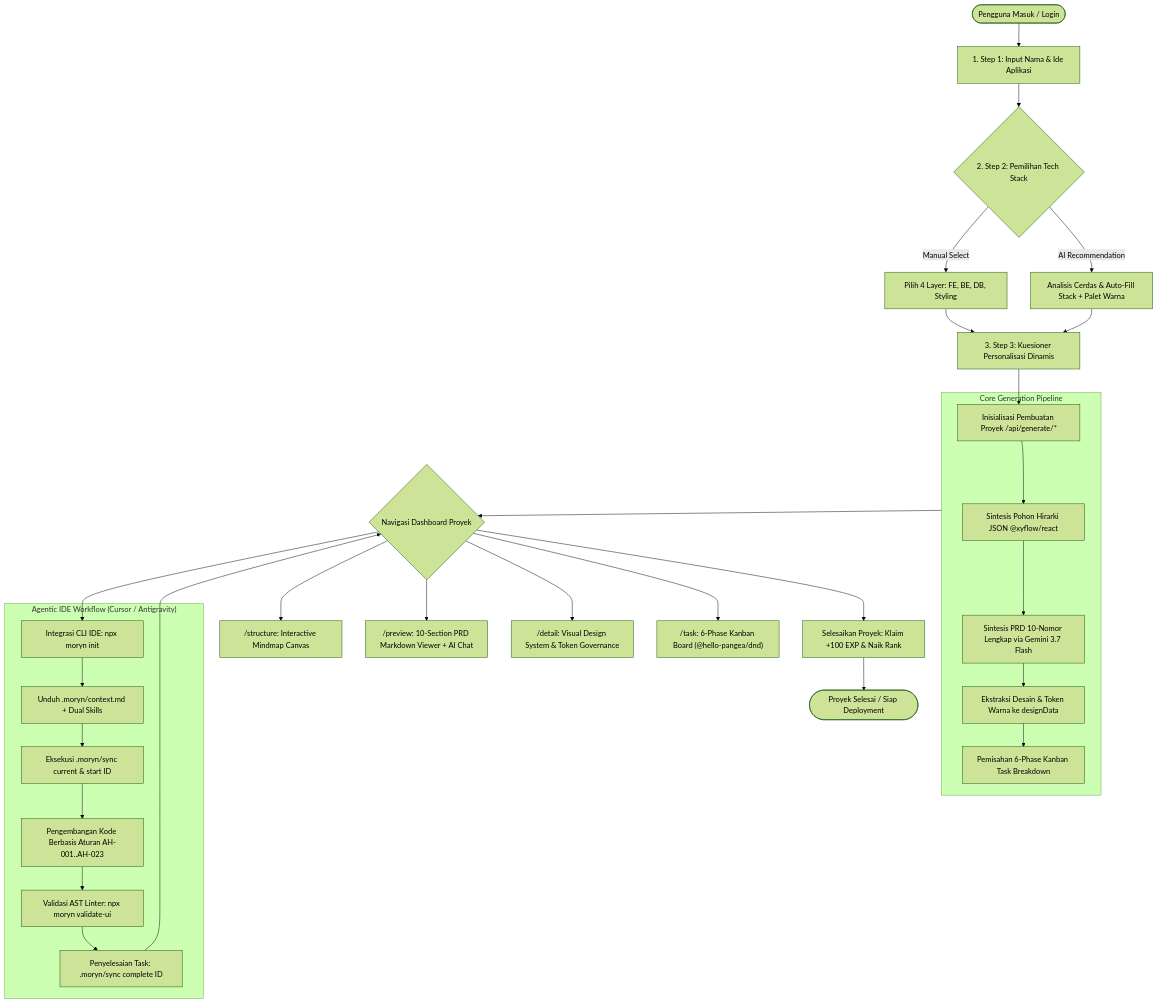
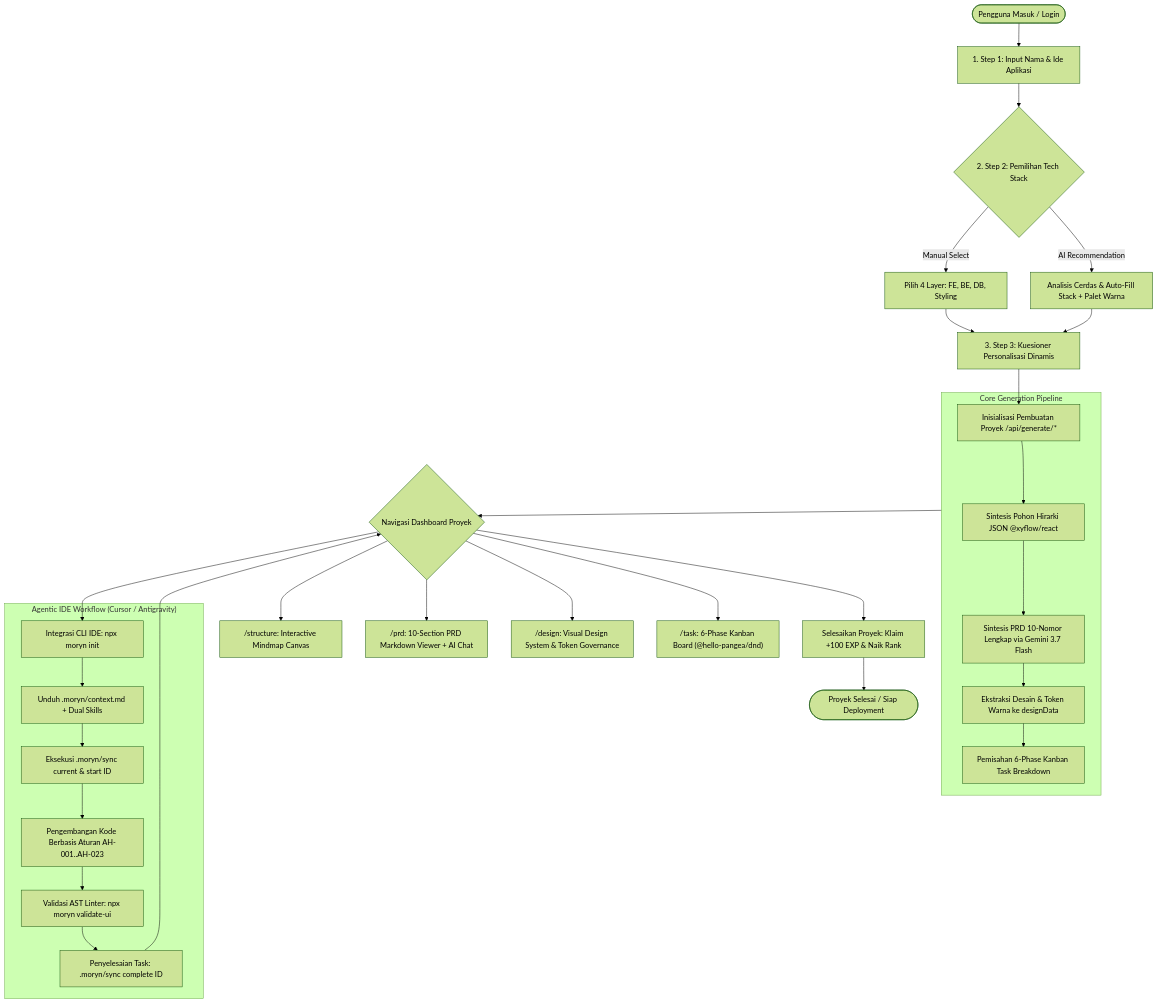
The first of 5 diagrams in moryn_prd.md (iqbaltech07/Moryn), drawn with Mermaid (forest theme) before and after one commit. The commit also changed other lines of this file and 66 other files, not shown here.

First line of the commit message:
feat(studio): interactive AI chat actions, multi-turn continuity, workflow route realignment (/prd, /design), and strict text-generation model filtering

````diff
--- a/moryn_prd.md
+++ b/moryn_prd.md
@@ -79,37 +79,37 @@
 ```mermaid
 flowchart TD
     Start([Pengguna Masuk / Login]) --> W1[1. Step 1: Input Nama & Ide Aplikasi]
     W1 --> W2{2. Step 2: Pemilihan Tech Stack}
     W2 -->|Manual Select| W2A[Pilih 4 Layer: FE, BE, DB, Styling]
     W2 -->|AI Recommendation| W2B[Analisis Cerdas & Auto-Fill Stack + Palet Warna]
     W2A --> W3[3. Step 3: Kuesioner Personalisasi Dinamis]
     W2B --> W3
     W3 --> Gen[Inisialisasi Pembuatan Proyek /api/generate/*]
     
     subgraph CoreGenerationPipeline ["Core Generation Pipeline"]
         Gen --> S1[Sintesis Pohon Hirarki JSON @xyflow/react]
         S1 --> S2[Sintesis PRD 10-Nomor Lengkap via Gemini 3.7 Flash]
         S2 --> S3[Ekstraksi Desain & Token Warna ke designData]
         S3 --> S4[Pemisahan 6-Phase Kanban Task Breakdown]
     end
 
     CoreGenerationPipeline --> Hub{Navigasi Dashboard Proyek}
     Hub --> P1["/structure: Interactive Mindmap Canvas"]
-    Hub --> P2["/preview: 10-Section PRD Markdown Viewer + AI Chat"]
-    Hub --> P3["/detail: Visual Design System & Token Governance"]
+    Hub --> P2["/prd: 10-Section PRD Markdown Viewer + AI Chat"]
+    Hub --> P3["/design: Visual Design System & Token Governance"]
     Hub --> P4["/task: 6-Phase Kanban Board (@hello-pangea/dnd)"]
 
     Hub --> CLIInit["Integrasi CLI IDE: npx moryn init"]
     
     subgraph IDEWorkflow ["Agentic IDE Workflow (Cursor / Antigravity)"]
         CLIInit --> CLISync1[Unduh .moryn/context.md + Dual Skills]
         CLISync1 --> CLISync2[Eksekusi .moryn/sync current & start ID]
         CLISync2 --> CLICode[Pengembangan Kode Berbasis Aturan AH-001..AH-023]
         CLICode --> CLIVal[Validasi AST Linter: npx moryn validate-ui]
         CLIVal --> CLISync3[Penyelesaian Task: .moryn/sync complete ID]
     end
 
     CLISync3 --> Hub
     Hub --> Finish[Selesaikan Proyek: Klaim +100 EXP & Naik Rank]
     Finish --> End([Proyek Selesai / Siap Deployment])
 ```
````
